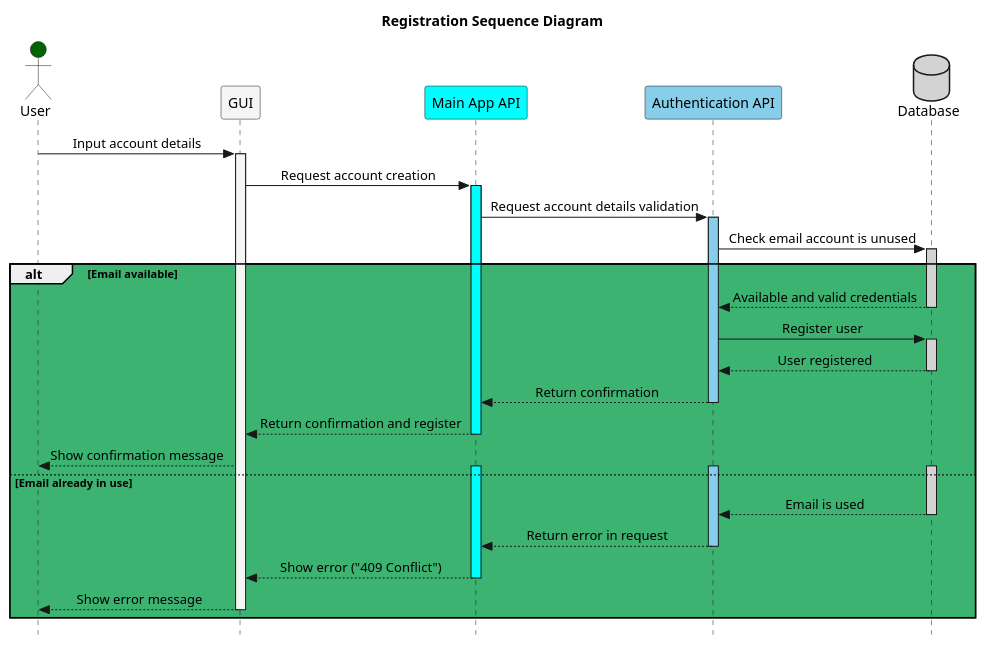
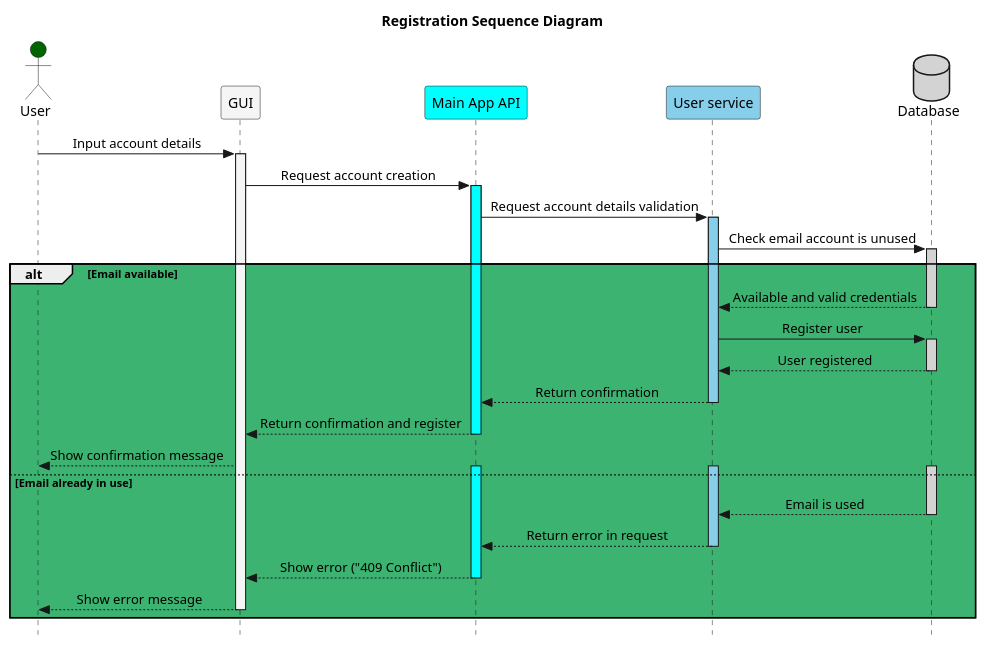
The diagram in docs/src/diagrams/Sequence_diagram_Registration.puml (Arquisoft/wichat_en1a), drawn with PlantUML before and after one commit. The commit also changed 2 other files, not shown here.

```diff
--- a/docs/src/diagrams/Sequence_diagram_Registration.puml
+++ b/docs/src/diagrams/Sequence_diagram_Registration.puml
@@ -1,46 +1,46 @@
 @startuml register
 title Registration Sequence Diagram
 
 actor User #DarkGreen
 participant GUI as "GUI" #WhiteSmoke
 participant mainAPI as "Main App API" #Aqua
-participant authAPI as "Authentication API" #SkyBlue
+participant authAPI as "User service" #SkyBlue
 database DB as "Database" #LightGray
 
 skinparam Style strictuml
 skinparam SequenceMessageAlignment center
 
 User -> GUI : Input account details
 activate GUI #WhiteSmoke
 GUI -> mainAPI : Request account creation
 activate mainAPI #Aqua
 mainAPI -> authAPI : Request account details validation
 activate authAPI #SkyBlue
 authAPI -> DB : Check email account is unused
 activate DB #LightGray
 alt #MediumSeaGreen Email available
     DB --> authAPI : Available and valid credentials
     deactivate DB
     authAPI -> DB : Register user
     activate DB #LightGray
     DB --> authAPI : User registered
     deactivate DB
     authAPI --> mainAPI : Return confirmation
     deactivate authAPI
     mainAPI --> GUI : Return confirmation and register
     deactivate mainAPI
     GUI --> User : Show confirmation message
 else Email already in use
     activate DB #LightGray
     activate authAPI #SkyBlue
     activate mainAPI #Aqua
     DB --> authAPI : Email is used
     deactivate DB
     authAPI --> mainAPI : Return error in request
     deactivate authAPI
     mainAPI --> GUI : Show error ("409 Conflict")
     deactivate mainAPI
     GUI --> User : Show error message
     deactivate GUI
 end
 @enduml
```
